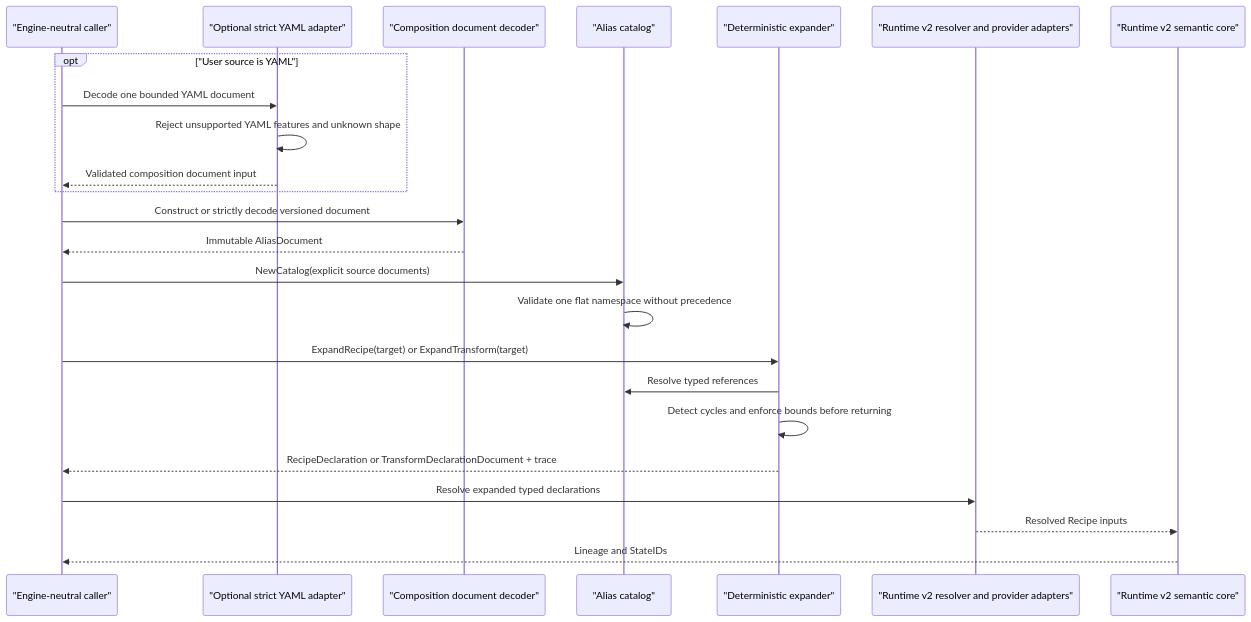
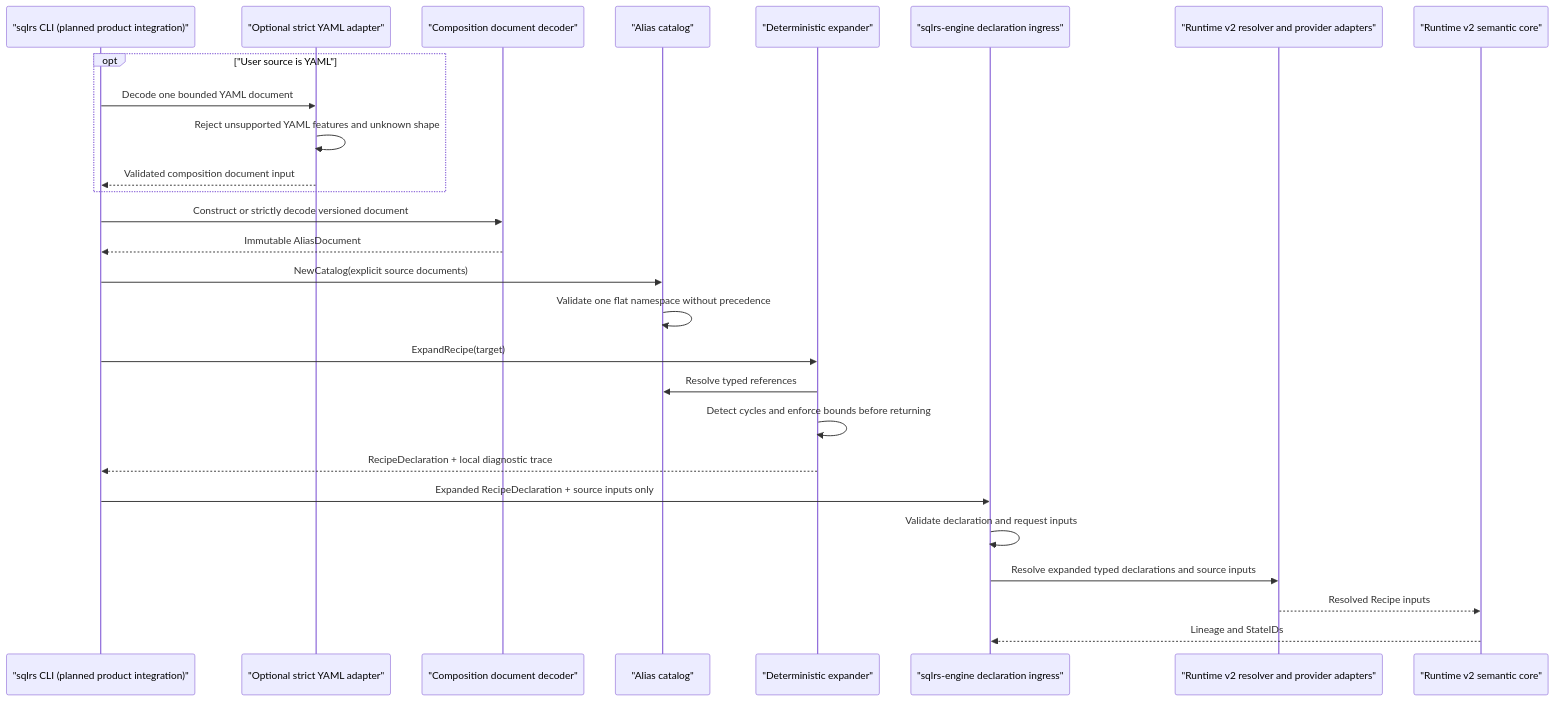
The first of 2 diagrams in docs/architecture/runtime-v2-composition-flow.md (kimak-irmagi/sqlrs), drawn with Mermaid before and after one commit. The commit also changed other lines of this file and 13 other files, not shown here.

Commit message:
docs: clarify Runtime v2 client alias boundary

````diff
--- a/docs/architecture/runtime-v2-composition-flow.md
+++ b/docs/architecture/runtime-v2-composition-flow.md
@@ -19,27 +35,30 @@
 ```mermaid
 sequenceDiagram
-    participant Caller as "Engine-neutral caller"
+    participant Client as "sqlrs CLI (planned product integration)"
     participant Adapter as "Optional strict YAML adapter"
     participant Document as "Composition document decoder"
     participant Catalog as "Alias catalog"
     participant Expander as "Deterministic expander"
+    participant Engine as "sqlrs-engine declaration ingress"
     participant Resolver as "Runtime v2 resolver and provider adapters"
     participant Core as "Runtime v2 semantic core"
 
     opt "User source is YAML"
-        Caller->>Adapter: Decode one bounded YAML document
+        Client->>Adapter: Decode one bounded YAML document
         Adapter->>Adapter: Reject unsupported YAML features and unknown shape
-        Adapter-->>Caller: Validated composition document input
+        Adapter-->>Client: Validated composition document input
     end
-    Caller->>Document: Construct or strictly decode versioned document
-    Document-->>Caller: Immutable AliasDocument
-    Caller->>Catalog: NewCatalog(explicit source documents)
+    Client->>Document: Construct or strictly decode versioned document
+    Document-->>Client: Immutable AliasDocument
+    Client->>Catalog: NewCatalog(explicit source documents)
     Catalog->>Catalog: Validate one flat namespace without precedence
-    Caller->>Expander: ExpandRecipe(target) or ExpandTransform(target)
+    Client->>Expander: ExpandRecipe(target)
     Expander->>Catalog: Resolve typed references
     Expander->>Expander: Detect cycles and enforce bounds before returning
-    Expander-->>Caller: RecipeDeclaration or TransformDeclarationDocument + trace
-    Caller->>Resolver: Resolve expanded typed declarations
+    Expander-->>Client: RecipeDeclaration + local diagnostic trace
+    Client->>Engine: Expanded RecipeDeclaration + source inputs only
+    Engine->>Engine: Validate declaration and request inputs
+    Engine->>Resolver: Resolve expanded typed declarations and source inputs
     Resolver-->>Core: Resolved Recipe inputs
-    Core-->>Caller: Lineage and StateIDs
+    Core-->>Engine: Lineage and StateIDs
 ```
````
